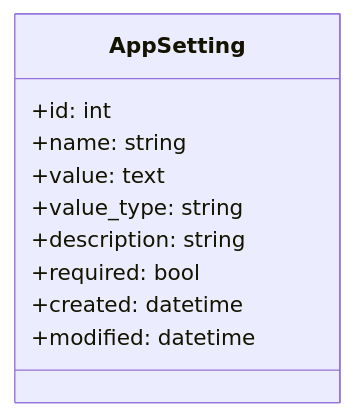
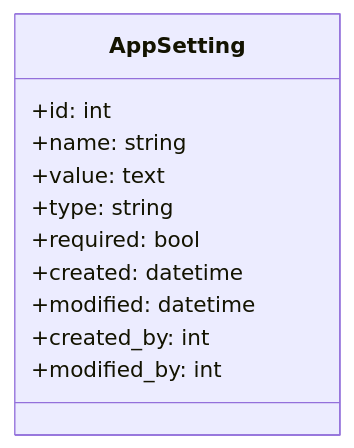
One commit to Ansteorra/KMP changed diagram 15 of 16 in docs/4-core-modules.md. Above: the diagram before and after it, drawn with Mermaid. The commit also changed other lines of this file and 196 other files, not shown here.

````diff
--- a/docs/4-core-modules.md
+++ b/docs/4-core-modules.md
@@ -493,13 +493,14 @@
 ```mermaid
 classDiagram
     class AppSetting {
         +id: int
         +name: string
         +value: text
-        +value_type: string
-        +description: string
+        +type: string
         +required: bool
         +created: datetime
         +modified: datetime
+        +created_by: int
+        +modified_by: int
     }
 ```
````
